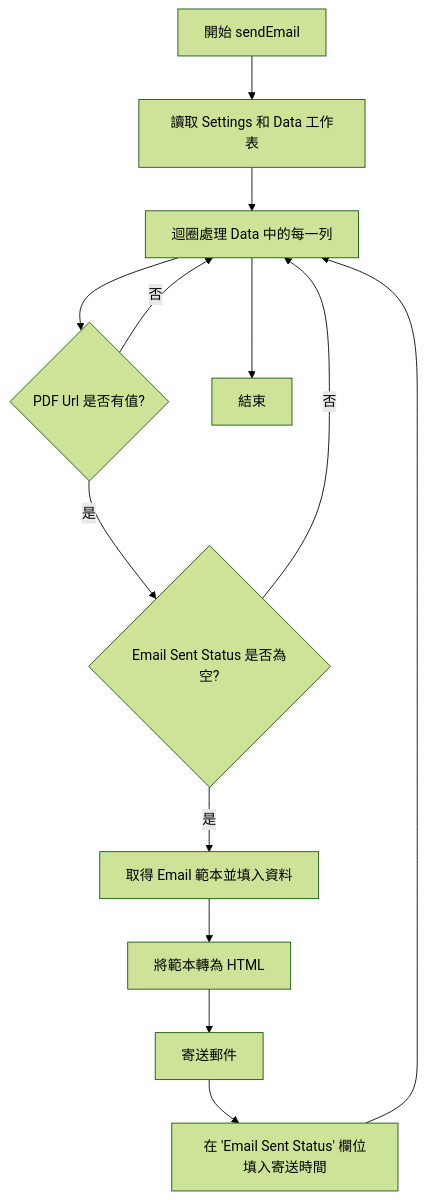
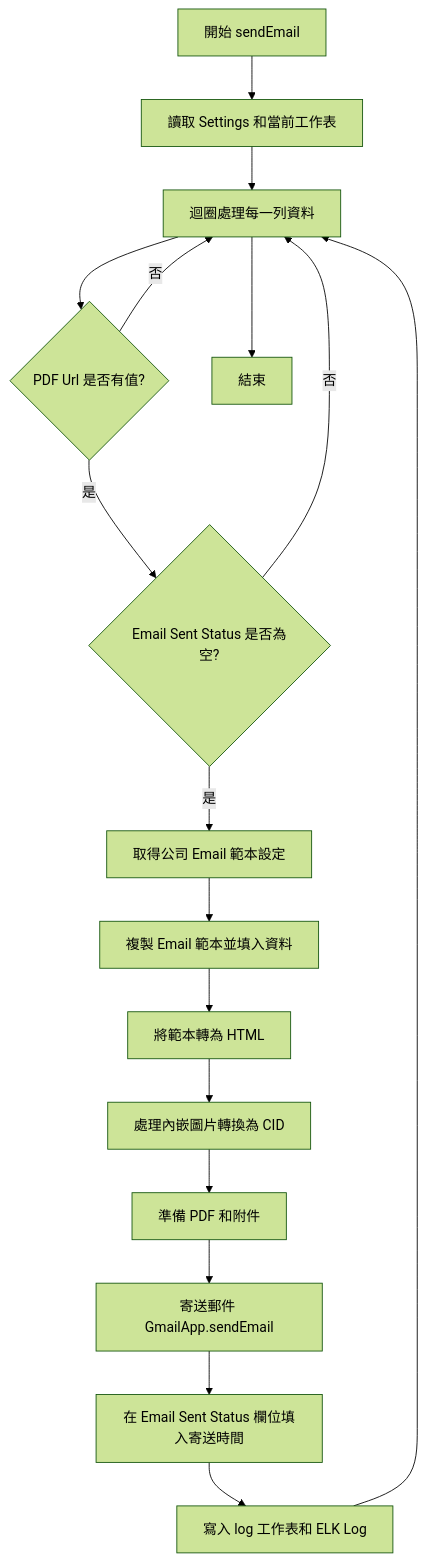
One commit to linchao0815/invoice-generator changed the third of 3 diagrams in spec.md. Above: the diagram before and after it, drawn with Mermaid (forest theme). The commit also changed other lines of this file and 1 other file, not shown here.

````diff
--- a/spec.md
+++ b/spec.md
@@ -223,15 +345,19 @@
 ```mermaid
 graph TD
-    A[開始 sendEmail] --> B[讀取 Settings 和 Data 工作表];
-    B --> C[迴圈處理 Data 中的每一列];
+    A[開始 sendEmail] --> B[讀取 Settings 和當前工作表];
+    B --> C[迴圈處理每一列資料];
     C --> D{PDF Url 是否有值?};
     D --否--> C;
     D --是--> E{Email Sent Status 是否為空?};
     E --否--> C;
-    E --是--> F[取得 Email 範本並填入資料];
-    F --> G[將範本轉為 HTML];
-    G --> H[寄送郵件];
-    H --> I[在 'Email Sent Status' 欄位填入寄送時間];
-    I --> C;
-    C --> J[結束];
+    E --是--> F[取得公司 Email 範本設定];
+    F --> G[複製 Email 範本並填入資料];
+    G --> H[將範本轉為 HTML];
+    H --> I[處理內嵌圖片轉換為 CID];
+    I --> J[準備 PDF 和附件];
+    J --> K[寄送郵件 GmailApp.sendEmail];
+    K --> L[在 Email Sent Status 欄位填入寄送時間];
+    L --> M[寫入 log 工作表和 ELK Log];
+    M --> C;
+    C --> N[結束];
 ```
````
